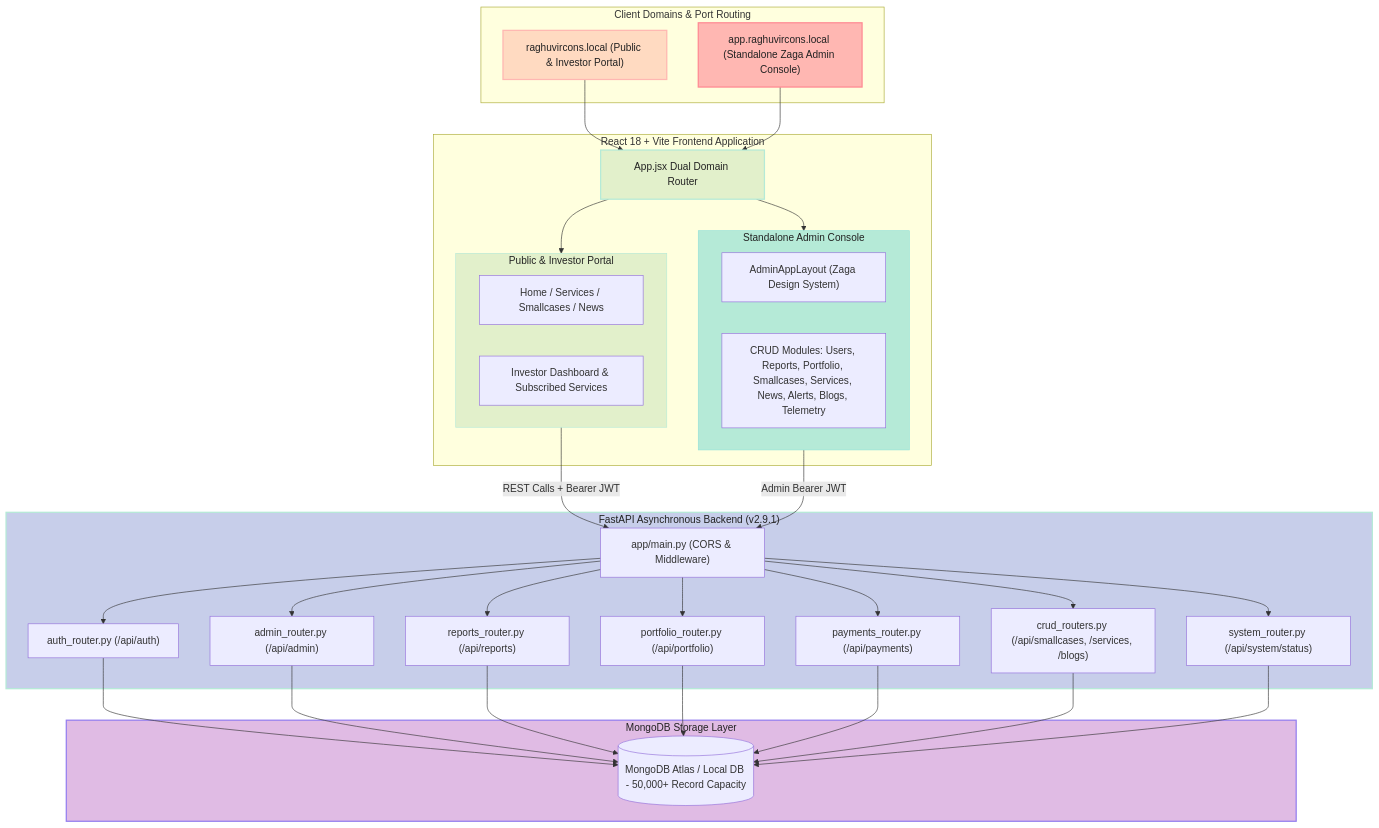
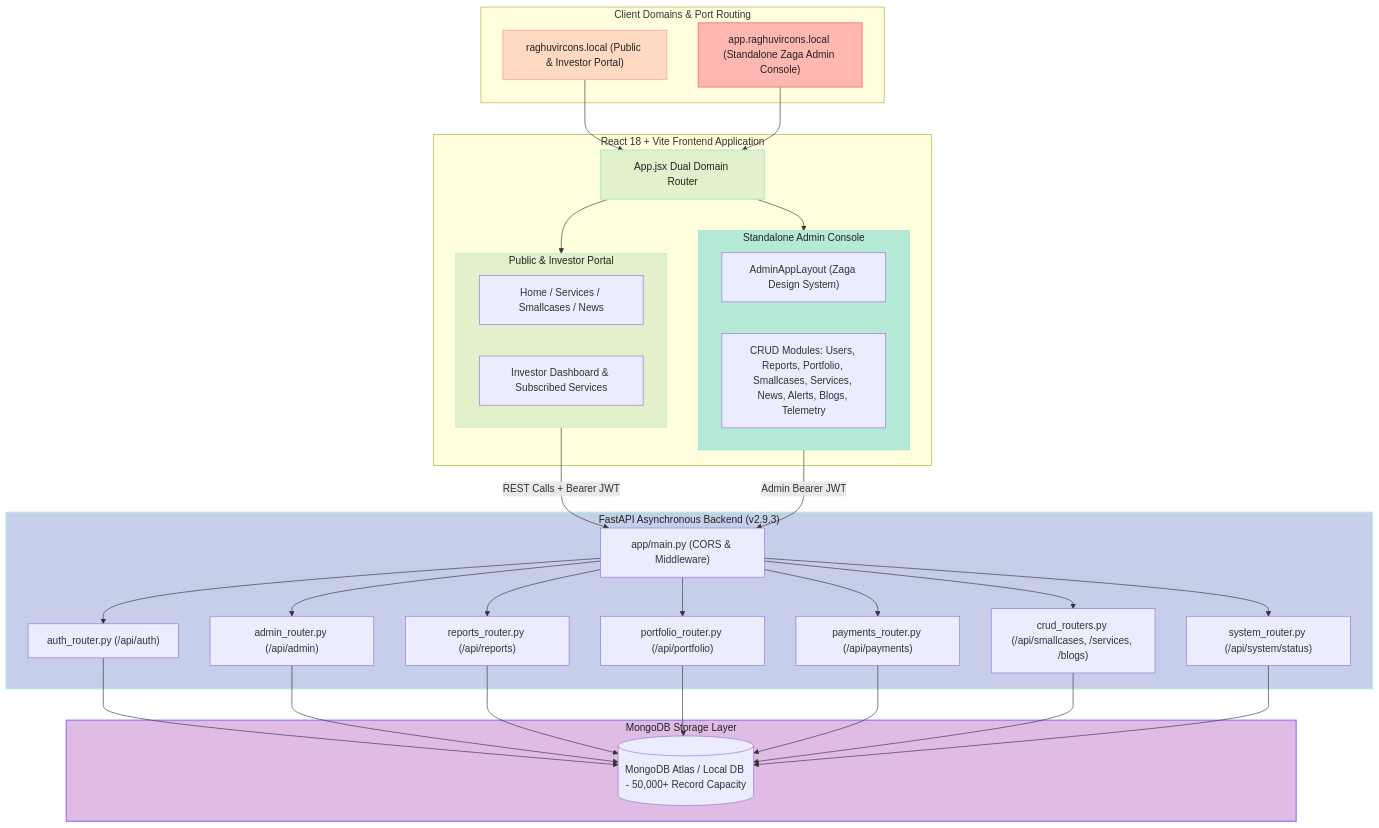
One commit to tejasrsuthar/raghuvirconsultants-site changed the first of 2 diagrams in backend/docs/ARCHITECTURE.md. Above: the diagram before and after it, drawn with Mermaid. The commit also changed other lines of this file and 8 other files, not shown here.

````diff
--- a/backend/docs/ARCHITECTURE.md
+++ b/backend/docs/ARCHITECTURE.md
@@ -14,70 +14,70 @@
 ```mermaid
 graph TD
     subgraph ClientDomains["Client Domains & Port Routing"]
         PublicDomain["raghuvircons.local (Public & Investor Portal)"]
         AdminDomain["app.raghuvircons.local (Standalone Zaga Admin Console)"]
     end
 
     subgraph ReactFrontend["React 18 + Vite Frontend Application"]
         AppRouter["App.jsx Dual Domain Router"]
         
         subgraph PublicPortal["Public & Investor Portal"]
           PublicViews["Home / Services / Smallcases / News"]
           InvestorPortal["Investor Dashboard & Subscribed Services"]
         end
 
         subgraph ZagaAdmin["Standalone Admin Console"]
           AdminLayout["AdminAppLayout (Zaga Design System)"]
           AdminModules["CRUD Modules: Users, Reports, Portfolio, Smallcases, Services, News, Alerts, Blogs, Telemetry"]
         end
       end
 
-    subgraph FastAPIServer["FastAPI Asynchronous Backend (v2.9.1)"]
+    subgraph FastAPIServer["FastAPI Asynchronous Backend (v2.9.3)"]
         API["app/main.py (CORS & Middleware)"]
         AuthRouter["auth_router.py (/api/auth)"]
         AdminRouter["admin_router.py (/api/admin)"]
         ReportsRouter["reports_router.py (/api/reports)"]
         PortfolioRouter["portfolio_router.py (/api/portfolio)"]
         PaymentsRouter["payments_router.py (/api/payments)"]
         CRUDRouters["crud_routers.py (/api/smallcases, /services, /blogs)"]
         SystemRouter["system_router.py (/api/system/status)"]
     end
 
     subgraph DataStore["MongoDB Storage Layer"]
         MongoDB[(MongoDB Atlas / Local DB - 50,000+ Record Capacity)]
     end
 
     PublicDomain --> AppRouter
     AdminDomain --> AppRouter
 
     AppRouter --> PublicPortal
     AppRouter --> ZagaAdmin
 
     PublicPortal -->|REST Calls + Bearer JWT| API
     ZagaAdmin -->|Admin Bearer JWT| API
 
     API --> AuthRouter
     API --> AdminRouter
     API --> ReportsRouter
     API --> PortfolioRouter
     API --> PaymentsRouter
     API --> CRUDRouters
     API --> SystemRouter
 
     AuthRouter --> MongoDB
     AdminRouter --> MongoDB
     ReportsRouter --> MongoDB
     PortfolioRouter --> MongoDB
     PaymentsRouter --> MongoDB
     CRUDRouters --> MongoDB
     SystemRouter --> MongoDB
 
     %% Pastel Color Palette Styling
     style PublicDomain fill:#FFDAC1,stroke:#FFB7B2,stroke-width:2px,color:#222;
     style AdminDomain fill:#FFB7B2,stroke:#FF8B94,stroke-width:2px,color:#222;
     style AppRouter fill:#E2F0CB,stroke:#B5EAD7,stroke-width:2px,color:#222;
     style PublicPortal fill:#E2F0CB,stroke:#B5EAD7,stroke-width:1px,color:#222;
     style ZagaAdmin fill:#B5EAD7,stroke:#93E1D8,stroke-width:1px,color:#222;
     style FastAPIServer fill:#C7CEEA,stroke:#B5EAD7,stroke-width:2px,color:#222;
     style DataStore fill:#E0BBE4,stroke:#957FEF,stroke-width:2px,color:#222;
 ```
````
